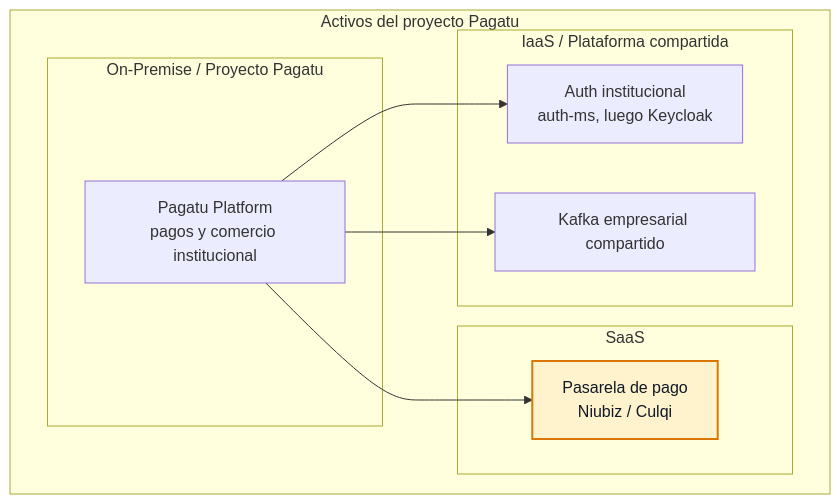
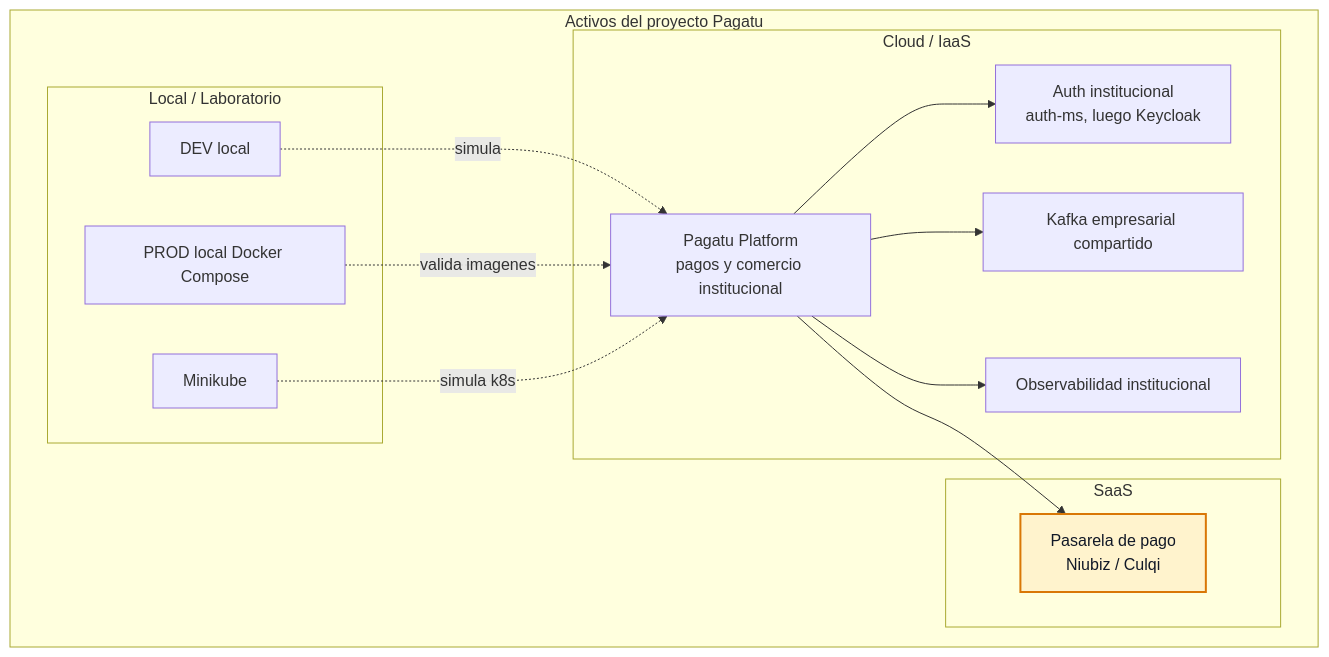
Before and after one commit to 262dist/pagatu: the first of 11 diagrams in README.md, drawn with Mermaid. The commit also changed other lines of this file, not shown here.

````diff
--- a/README.md
+++ b/README.md
@@ -42,24 +42,32 @@
 ```mermaid
 flowchart TB
     subgraph pagatuAssets["Activos del proyecto Pagatu"]
         subgraph saas["SaaS"]
             pasarela["Pasarela de pago<br/>Niubiz / Culqi"]
         end
 
-        subgraph iaas["IaaS / Plataforma compartida"]
+        subgraph cloud["Cloud / IaaS"]
+            pagatuPlatform["Pagatu Platform<br/>pagos y comercio institucional"]
             kafkaEmp["Kafka empresarial compartido"]
             authApp["Auth institucional<br/>auth-ms, luego Keycloak"]
+            obsInst["Observabilidad institucional"]
         end
 
-        subgraph onprem["On-Premise / Proyecto Pagatu"]
-            pagatuPlatform["Pagatu Platform<br/>pagos y comercio institucional"]
+        subgraph local["Local / Laboratorio"]
+            devLocal["DEV local"]
+            prodLocal["PROD local Docker Compose"]
+            minikube["Minikube"]
         end
     end
 
     pagatuPlatform --> authApp
     pagatuPlatform --> kafkaEmp
+    pagatuPlatform --> obsInst
     pagatuPlatform --> pasarela
+    devLocal -. simula .-> pagatuPlatform
+    prodLocal -. valida imagenes .-> pagatuPlatform
+    minikube -. simula k8s .-> pagatuPlatform
 
     classDef external fill:#fff3cd,stroke:#d97706,stroke-width:2px,color:#111827
     class pasarela external
 ```
````
